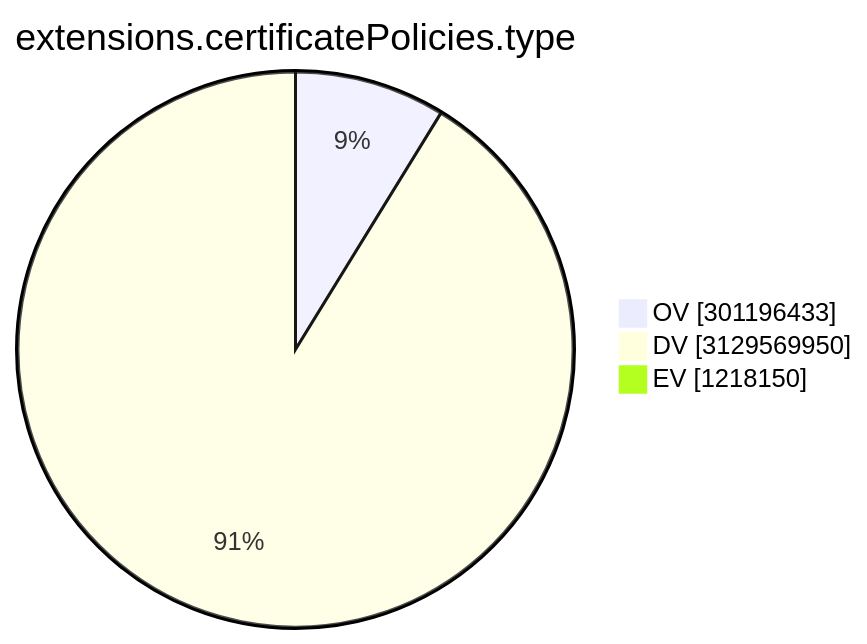
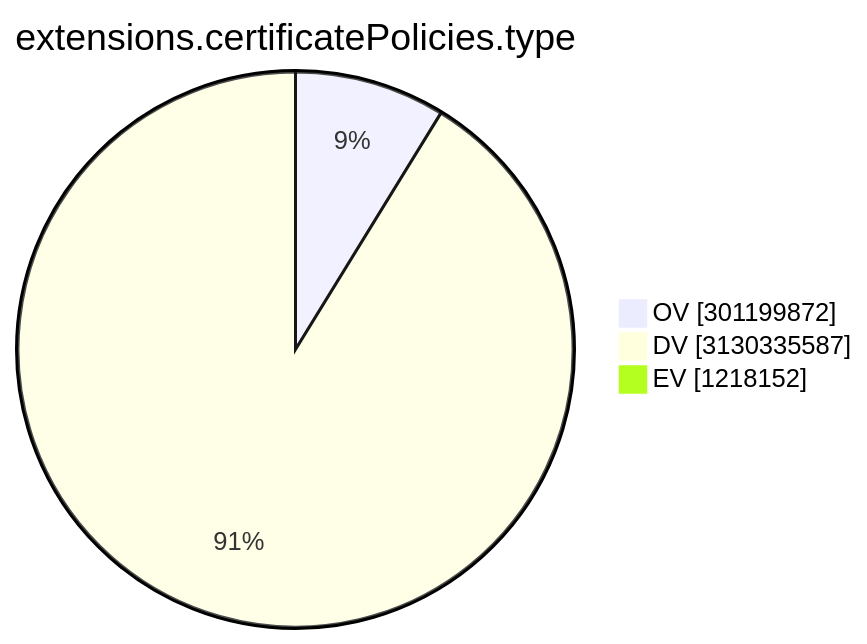
One commit to christiankrug/ctmonitor_visualization changed the ninth of 15 diagrams in TOTAL/README.md. Above: the diagram before and after it, drawn with Mermaid. The commit also changed other lines of this file, not shown here.

````diff
--- a/TOTAL/README.md
+++ b/TOTAL/README.md
@@ -3104,7 +3105,7 @@
 ```mermaid
 pie showData
 title extensions.certificatePolicies.type
-"OV" :301196433
-"DV" :3129569950
-"EV" :1218150
+"OV" :301199872
+"DV" :3130335587
+"EV" :1218152
 ```
````
